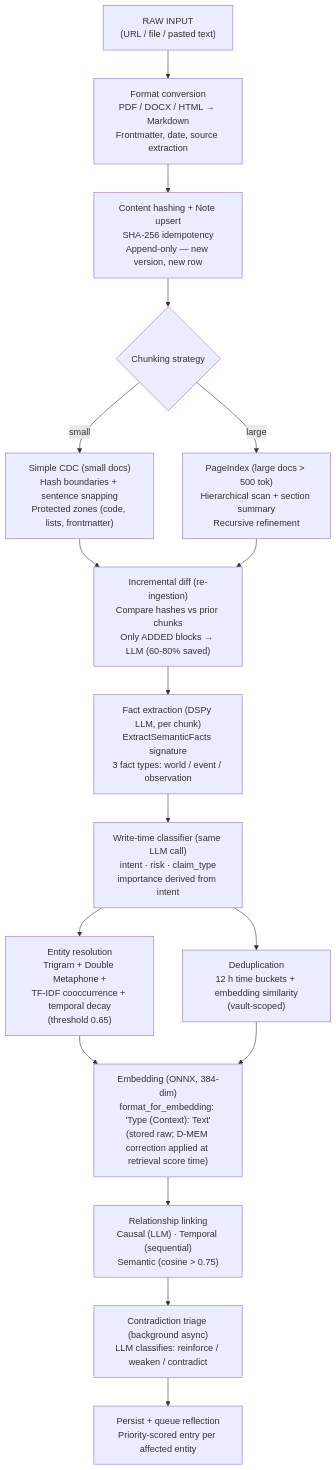
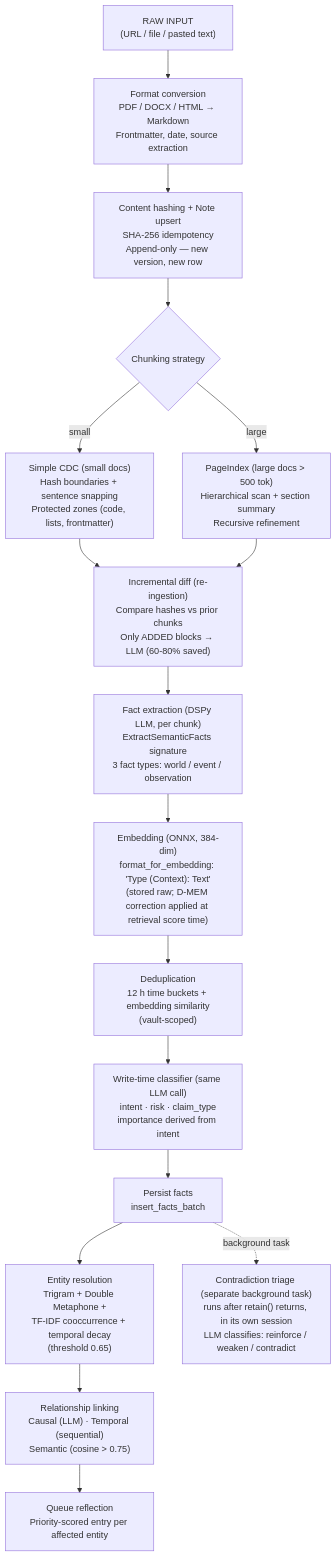
The diagram in docs/explanation/how-memex-works/extraction.md (JasperHG90/memex), drawn with Mermaid before and after one commit. The commit also changed other lines of this file and 43 other files, not shown here.

````diff
--- a/docs/explanation/how-memex-works/extraction.md
+++ b/docs/explanation/how-memex-works/extraction.md
@@ -21,31 +21,34 @@
 ```mermaid
 flowchart TD
     Input["RAW INPUT<br/>(URL / file / pasted text)"]
     Format["Format conversion<br/>PDF / DOCX / HTML → Markdown<br/>Frontmatter, date, source extraction"]
     Hash["Content hashing + Note upsert<br/>SHA-256 idempotency<br/>Append-only — new version, new row"]
     ChunkDecide{Chunking strategy}
     Simple["Simple CDC (small docs)<br/>Hash boundaries + sentence snapping<br/>Protected zones (code, lists, frontmatter)"]
     Page["PageIndex (large docs > 500 tok)<br/>Hierarchical scan + section summary<br/>Recursive refinement"]
     Diff["Incremental diff (re-ingestion)<br/>Compare hashes vs prior chunks<br/>Only ADDED blocks → LLM (60-80% saved)"]
     Extract["Fact extraction (DSPy LLM, per chunk)<br/>ExtractSemanticFacts signature<br/>3 fact types: world / event / observation"]
+    Embed["Embedding (ONNX, 384-dim)<br/>format_for_embedding: 'Type (Context): Text'<br/>(stored raw; D-MEM correction applied at retrieval score time)"]
+    Dedup["Deduplication<br/>12 h time buckets + embedding similarity<br/>(vault-scoped)"]
     Classify["Write-time classifier (same LLM call)<br/>intent · risk · claim_type<br/>importance derived from intent"]
+    Insert["Persist facts<br/>insert_facts_batch"]
     ER["Entity resolution<br/>Trigram + Double Metaphone +<br/>TF-IDF cooccurrence + temporal decay<br/>(threshold 0.65)"]
-    Dedup["Deduplication<br/>12 h time buckets + embedding similarity<br/>(vault-scoped)"]
-    Embed["Embedding (ONNX, 384-dim)<br/>format_for_embedding: 'Type (Context): Text'<br/>(stored raw; D-MEM correction applied at retrieval score time)"]
     Link["Relationship linking<br/>Causal (LLM) · Temporal (sequential)<br/>Semantic (cosine > 0.75)"]
-    Contra["Contradiction triage (background async)<br/>LLM classifies: reinforce / weaken / contradict"]
-    Persist["Persist + queue reflection<br/>Priority-scored entry per affected entity"]
+    Queue["Queue reflection<br/>Priority-scored entry per affected entity"]
+    Contra["Contradiction triage (separate background task)<br/>runs after retain() returns, in its own session<br/>LLM classifies: reinforce / weaken / contradict"]
 
     Input --> Format --> Hash --> ChunkDecide
     ChunkDecide -->|small| Simple
     ChunkDecide -->|large| Page
     Simple --> Diff
     Page --> Diff
     Diff --> Extract
-    Extract --> Classify
-    Classify --> ER
-    Classify --> Dedup
-    ER --> Embed
-    Dedup --> Embed
-    Embed --> Link --> Contra --> Persist
+    Extract --> Embed
+    Embed --> Dedup
+    Dedup --> Classify
+    Classify --> Insert
+    Insert --> ER
+    ER --> Link
+    Link --> Queue
+    Insert -.background task.-> Contra
 ```
````
